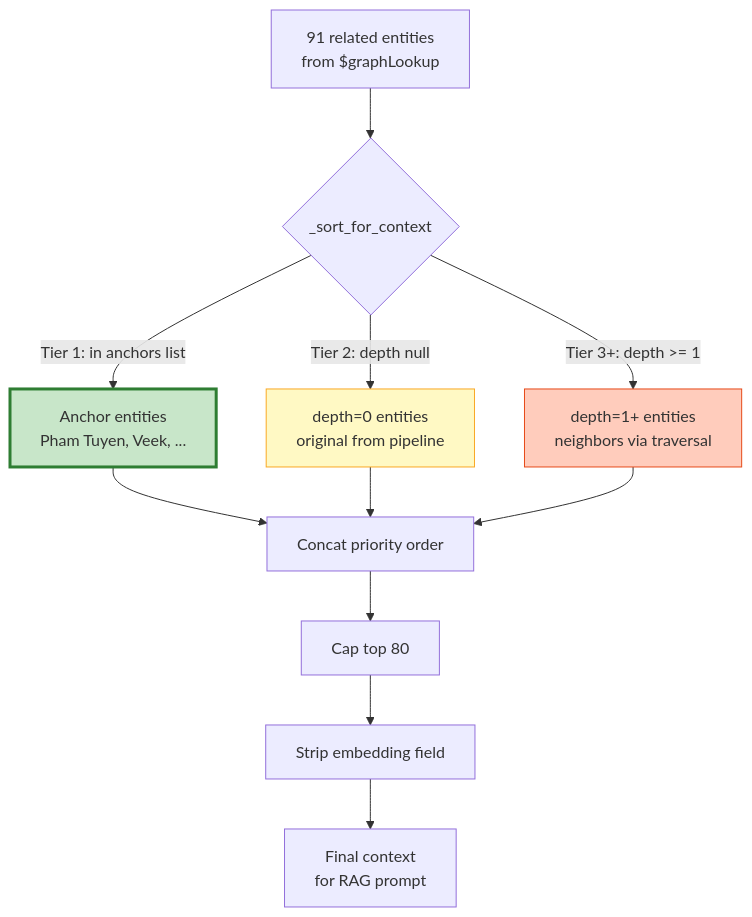
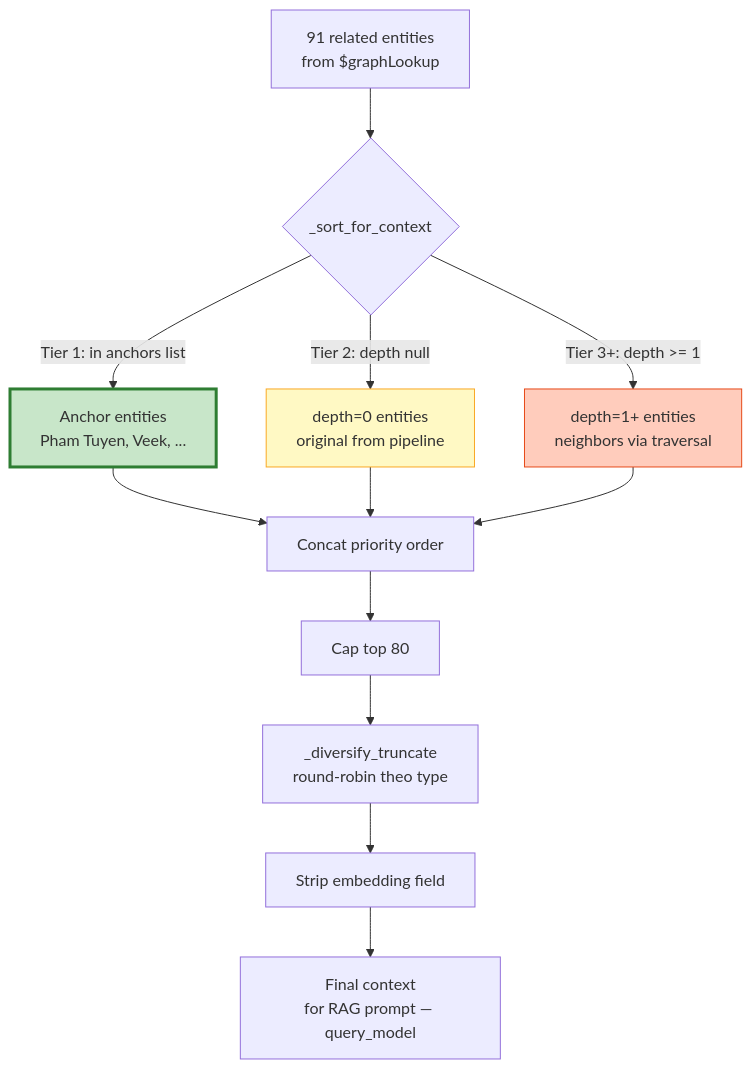
One commit to camping89/graphrag-demo changed diagram 13 of 14 in docs/diagrams.md. Above: the diagram before and after it, drawn with Mermaid. The commit also changed other lines of this file and 10 other files, not shown here.

First line of the commit message:
docs: sync với codebase hiện tại (2-model split, entity normalizer, auto-flow)

````diff
--- a/docs/diagrams.md
+++ b/docs/diagrams.md
@@ -497,26 +517,27 @@
 ```mermaid
 flowchart TB
     AllEntities[91 related entities<br/>from $graphLookup] --> Sort
 
     Sort{_sort_for_context}
 
     Sort -->|Tier 1: in anchors list| T1[Anchor entities<br/>Pham Tuyen, Veek, ...]
     Sort -->|Tier 2: depth null| T2[depth=0 entities<br/>original from pipeline]
     Sort -->|Tier 3+: depth >= 1| T3[depth=1+ entities<br/>neighbors via traversal]
 
     T1 --> Concat[Concat priority order]
     T2 --> Concat
     T3 --> Concat
 
     Concat --> Cap[Cap top 80]
-    Cap --> Strip[Strip embedding field]
-    Strip --> Context[Final context<br/>for RAG prompt]
+    Cap --> Diversify[_diversify_truncate<br/>round-robin theo type]
+    Diversify --> Strip[Strip embedding field]
+    Strip --> Context[Final context<br/>for RAG prompt — query_model]
 
     classDef p1 fill:#c8e6c9,stroke:#2e7d32,stroke-width:3px
     classDef p2 fill:#fff9c4,stroke:#f9a825
     classDef p3 fill:#ffccbc,stroke:#e64a19
 
     class T1 p1
     class T2 p2
     class T3 p3
 ```
````
